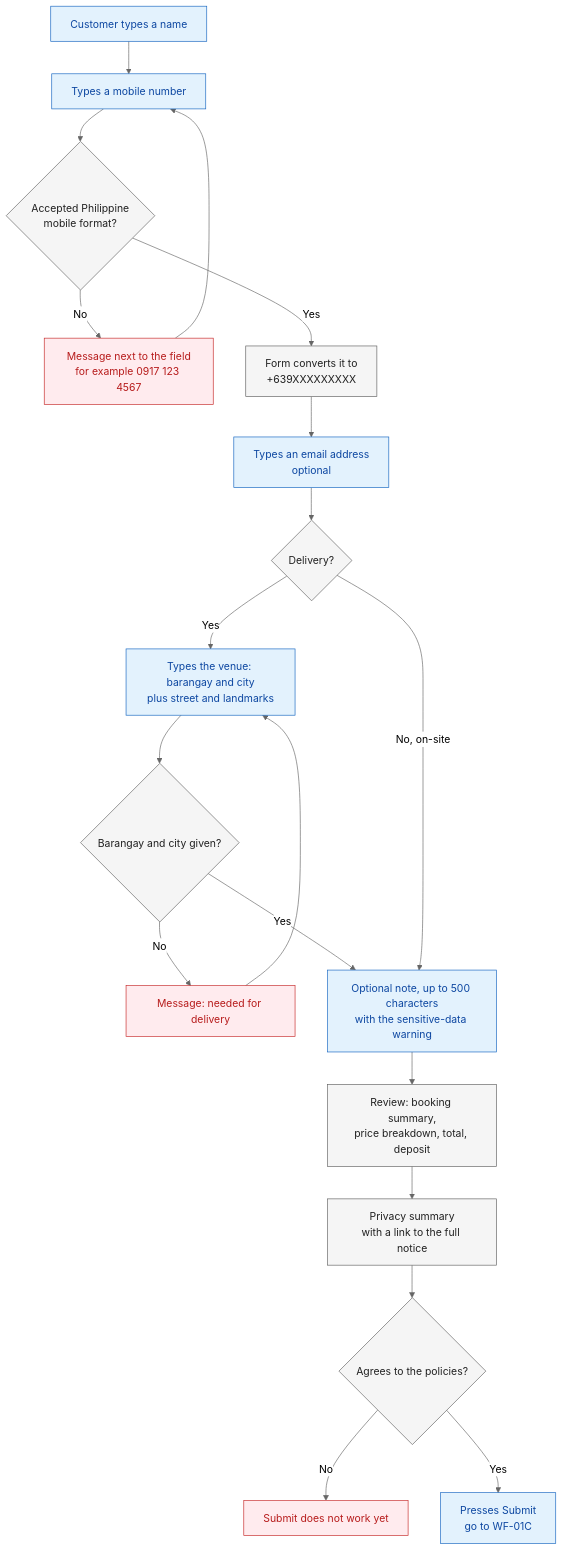
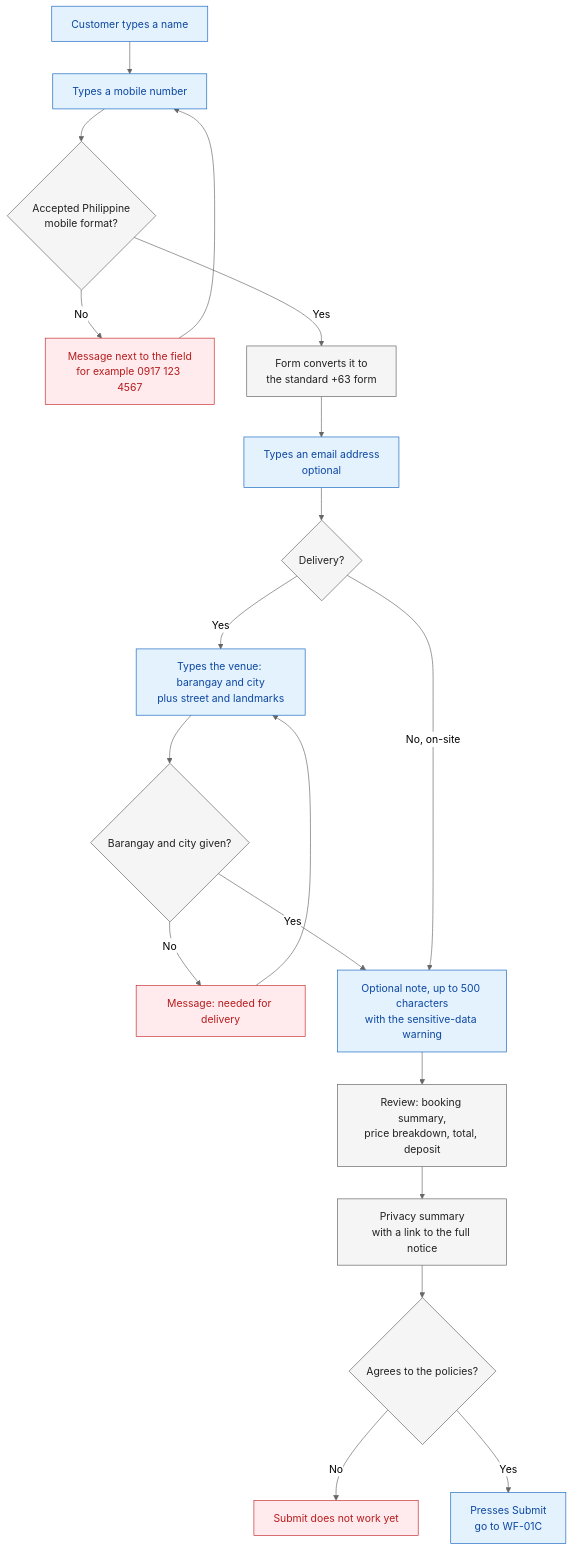
The fourth of 8 diagrams in docs/03-workflows/booking-and-submission.md (DevNarvs/kasoundbox-2026), drawn with Mermaid (neutral theme) before and after one commit. The commit also changed other lines of this file and 26 other files, not shown here.

````diff
--- a/docs/03-workflows/booking-and-submission.md
+++ b/docs/03-workflows/booking-and-submission.md
@@ -259,29 +259,29 @@
 ```mermaid
 flowchart TD
     B1["Customer types a name"] --> B2["Types a mobile number"]
     B2 --> D1{"Accepted Philippine<br/>mobile format?"}
     D1 -->|"No"| X1["Message next to the field<br/>for example 0917 123 4567"]
     X1 --> B2
-    D1 -->|"Yes"| B3["Form converts it to<br/>+639XXXXXXXXX"]
+    D1 -->|"Yes"| B3["Form converts it to<br/>the standard +63 form"]
     B3 --> B4["Types an email address<br/>optional"]
     B4 --> D2{"Delivery?"}
     D2 -->|"Yes"| B5["Types the venue: barangay and city<br/>plus street and landmarks"]
     B5 --> D3{"Barangay and city given?"}
     D3 -->|"No"| X2["Message: needed for delivery"]
     X2 --> B5
     D3 -->|"Yes"| B6["Optional note, up to 500 characters<br/>with the sensitive-data warning"]
     D2 -->|"No, on-site"| B6
     B6 --> B7["Review: booking summary,<br/>price breakdown, total, deposit"]
     B7 --> B8["Privacy summary<br/>with a link to the full notice"]
     B8 --> D4{"Agrees to the policies?"}
     D4 -->|"No"| X3["Submit does not work yet"]
     D4 -->|"Yes"| B9["Presses Submit<br/>go to WF-01C"]
     classDef customer fill:#e3f2fd,stroke:#1565c0,color:#0d47a1
     classDef system fill:#f5f5f5,stroke:#616161,color:#212121
     classDef admin fill:#fff3e0,stroke:#ef6c00,color:#e65100
     classDef status fill:#e8f5e9,stroke:#2e7d32,color:#1b5e20
     classDef failure fill:#ffebee,stroke:#c62828,color:#b71c1c
     class B1,B2,B4,B5,B6,B9 customer
     class D1,B3,D2,D3,B7,B8,D4 system
     class X1,X2,X3 failure
 ```
````
